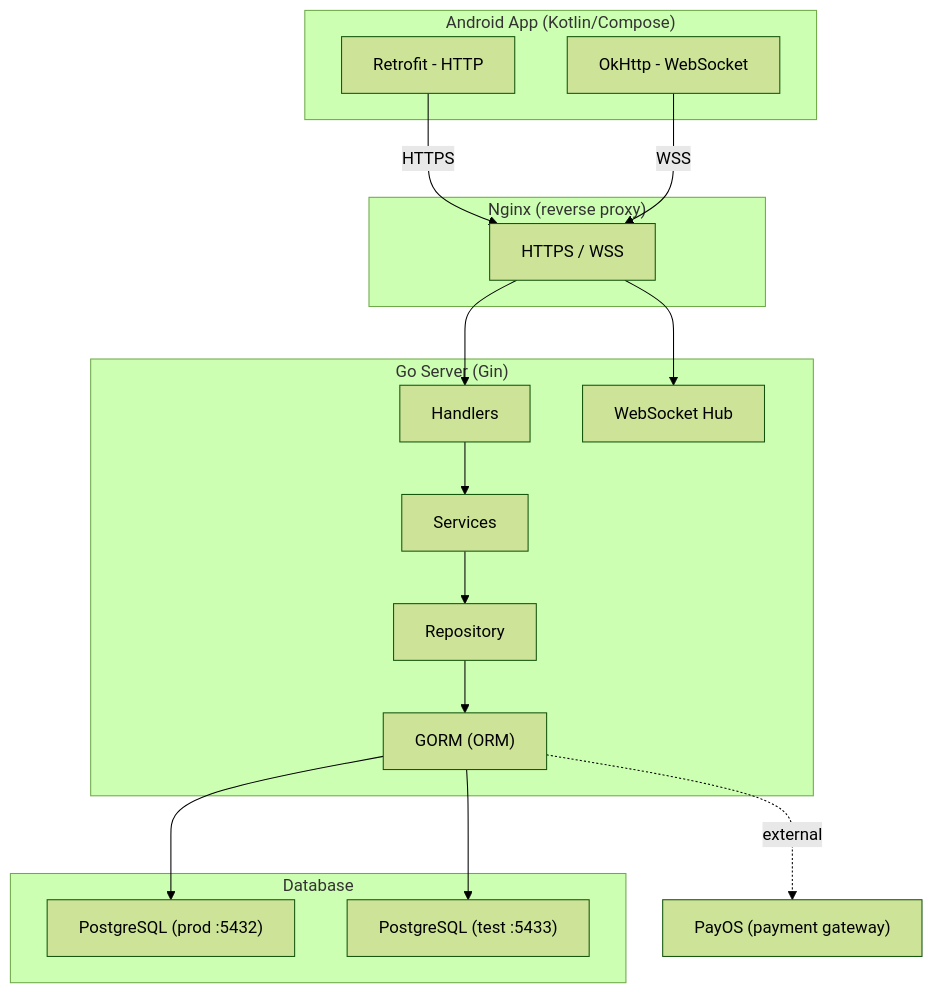
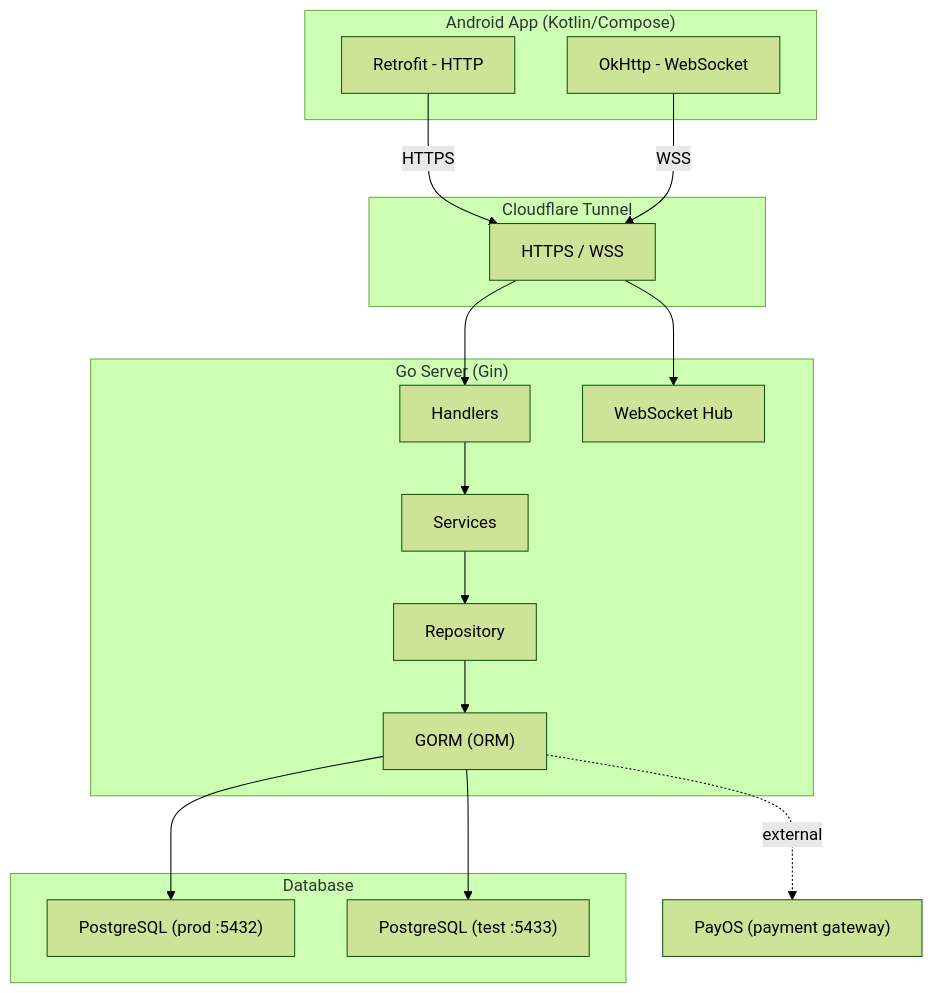
Before and after one commit to nhannht/viecz: the first of 11 diagrams in docs/technical/SYSTEM_DESIGN.md, drawn with Mermaid (forest theme). The commit also changed other lines of this file and 8 other files, not shown here.

````diff
--- a/docs/technical/SYSTEM_DESIGN.md
+++ b/docs/technical/SYSTEM_DESIGN.md
@@ -24,38 +24,38 @@
 ```mermaid
 graph TD
     subgraph AndroidApp["Android App (Kotlin/Compose)"]
         Retrofit["Retrofit - HTTP"]
         OkHttp["OkHttp - WebSocket"]
     end
 
-    subgraph Nginx["Nginx (reverse proxy)"]
-        NginxProxy["HTTPS / WSS"]
+    subgraph CloudflareTunnelSubgraph["Cloudflare Tunnel"]
+        CloudflareTunnel["HTTPS / WSS"]
     end
 
     subgraph GoServer["Go Server (Gin)"]
         Handlers
         Services
         Repos["Repository"]
         WebSocketHub["WebSocket Hub"]
         GORM["GORM (ORM)"]
 
         Handlers --> Services
         Services --> Repos
         Repos --> GORM
     end
 
     subgraph Database
         PostgreSQL["PostgreSQL (prod :5432)"]
         PostgreSQLTest["PostgreSQL (test :5433)"]
     end
 
     PayOS["PayOS (payment gateway)"]
 
-    Retrofit -->|HTTPS| NginxProxy
-    OkHttp -->|WSS| NginxProxy
-    NginxProxy --> Handlers
-    NginxProxy --> WebSocketHub
+    Retrofit -->|HTTPS| CloudflareTunnel
+    OkHttp -->|WSS| CloudflareTunnel
+    CloudflareTunnel --> Handlers
+    CloudflareTunnel --> WebSocketHub
     GORM --> PostgreSQL
     GORM --> PostgreSQLTest
     GORM -.->|external| PayOS
 ```
````
